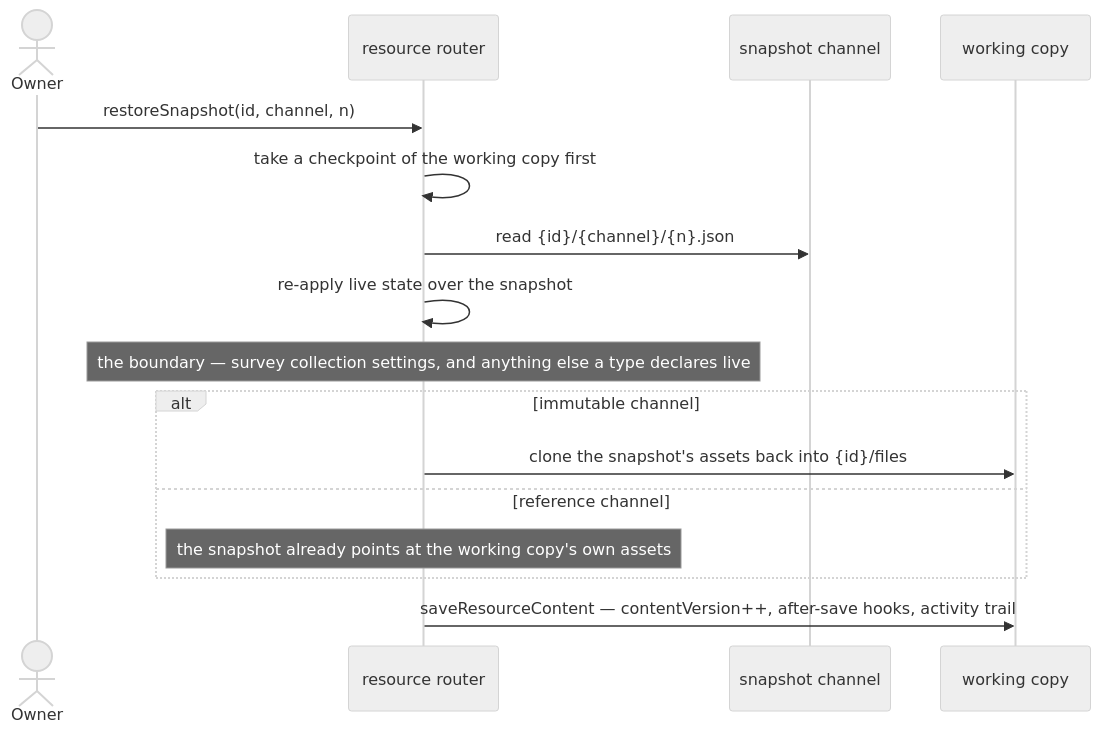
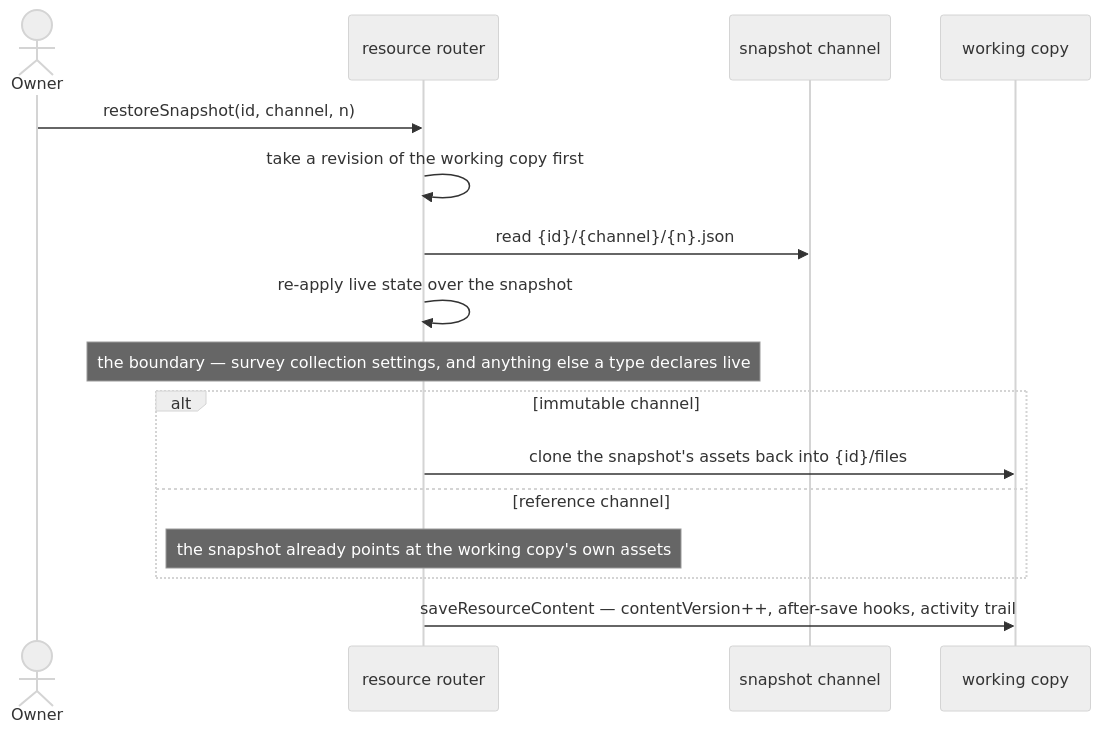
The second of 2 diagrams in packages/app/content/docs/proposals/platform/resource-snapshots.md (Esposter/Esposter), drawn with Mermaid (neutral theme) before and after one commit. The commit also changed other lines of this file, not shown here.

First line of the commit message:
docs(platform): the snapshot proposal calls a revision what the code does

````diff
--- a/packages/app/content/docs/proposals/platform/resource-snapshots.md
+++ b/packages/app/content/docs/proposals/platform/resource-snapshots.md
@@ -109,19 +109,19 @@
 ```mermaid
 sequenceDiagram
   actor Owner
   participant R as resource router
   participant SNAP as snapshot channel
   participant WORK as working copy
 
   Owner->>R: restoreSnapshot(id, channel, n)
-  R->>R: take a checkpoint of the working copy first
+  R->>R: take a revision of the working copy first
   R->>SNAP: read {id}/{channel}/{n}.json
   R->>R: re-apply live state over the snapshot
   Note over R: the boundary — survey collection settings, and anything else a type declares live
   alt immutable channel
     R->>WORK: clone the snapshot's assets back into {id}/files
   else reference channel
     Note over R: the snapshot already points at the working copy's own assets
   end
   R->>WORK: saveResourceContent — contentVersion++, after-save hooks, activity trail
 ```
````
